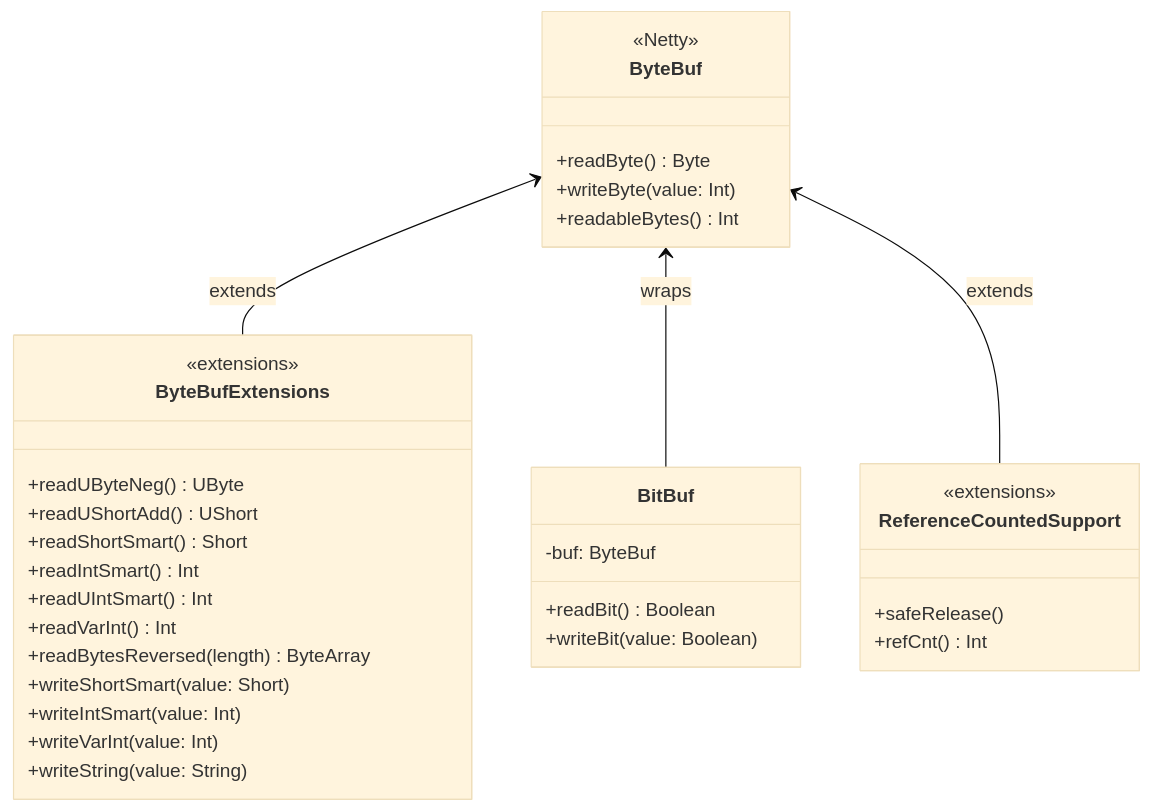
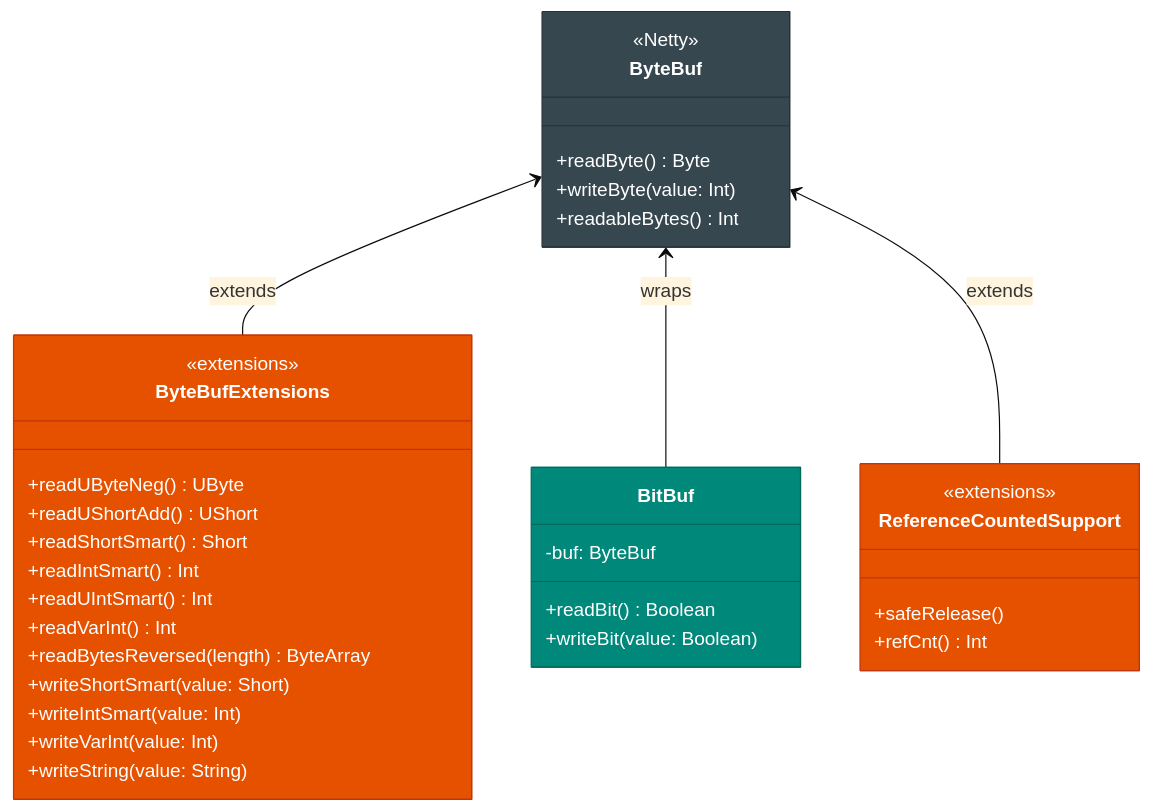
Before and after one commit to bluetape4k/bluetape4k-projects: the first of 3 diagrams in io/netty/README.md, drawn with Mermaid (base theme). The commit also changed other lines of this file and 221 other files, not shown here.

First line of the commit message:
docs: 전체 모듈 README UML 다이어그램 보강 및 색상 업그레이드

````diff
--- a/io/netty/README.md
+++ b/io/netty/README.md
@@ -193,41 +193,45 @@
 ```mermaid
 classDiagram
     class ByteBuf {
         <<Netty>>
         +readByte() Byte
         +writeByte(value: Int)
         +readableBytes() Int
     }
 
     class ByteBufExtensions {
         <<extensions>>
         +readUByteNeg() UByte
         +readUShortAdd() UShort
         +readShortSmart() Short
         +readIntSmart() Int
         +readUIntSmart() Int
         +readVarInt() Int
         +readBytesReversed(length) ByteArray
         +writeShortSmart(value: Short)
         +writeIntSmart(value: Int)
         +writeVarInt(value: Int)
         +writeString(value: String)
     }
 
     class BitBuf {
         -buf: ByteBuf
         +readBit() Boolean
         +writeBit(value: Boolean)
     }
 
     class ReferenceCountedSupport {
         <<extensions>>
         +safeRelease()
         +refCnt() Int
     }
 
     ByteBuf <-- ByteBufExtensions : extends
     ByteBuf <-- BitBuf : wraps
     ByteBuf <-- ReferenceCountedSupport : extends
 
+    style ByteBuf fill:#37474F,stroke:#263238,color:#FFFFFF
+    style ByteBufExtensions fill:#E65100,stroke:#BF360C,color:#FFFFFF
+    style BitBuf fill:#00897B,stroke:#00695C,color:#FFFFFF
+    style ReferenceCountedSupport fill:#E65100,stroke:#BF360C,color:#FFFFFF
 ```
````
